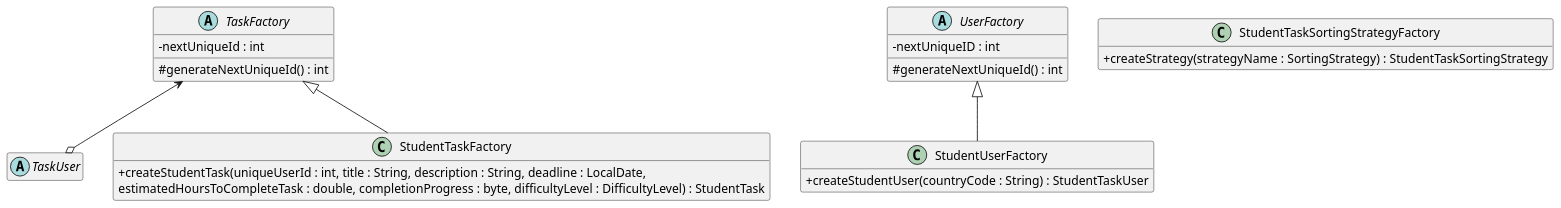
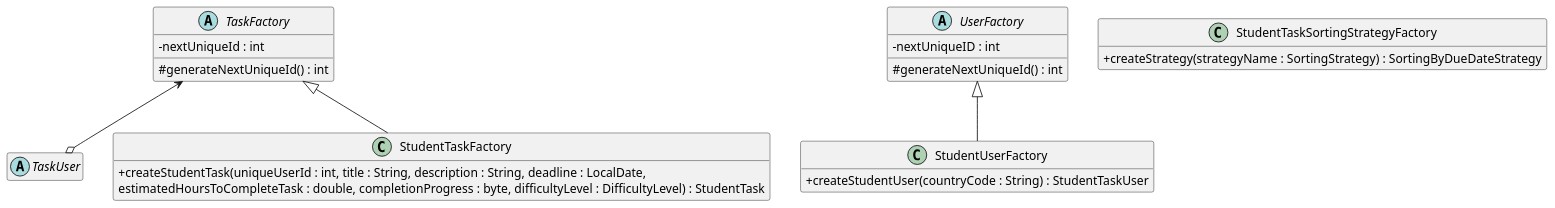
The second of 2 diagrams in Entities.puml (CSC207-2025F-UofT/team-project), drawn with PlantUML before and after one commit. The commit also changed other lines of this file and 3 other files, not shown here.

Commit message:
add GUI flow chart and revised entities

```diff
--- a/Entities.puml
+++ b/Entities.puml
@@ -134,47 +135,47 @@
 @startuml
 'https://plantuml.com/class-diagram
 ' `..|>` represents Interface Realization/Implementation (dashed line with an open arrow).
 ' `--|>` represents Inheritance/Generalization (solid line with an open arrow).
 ' `o-->` represents Aggregation (a hollow diamond pointing to the owner/container).
 '     The "\*" indicates multiplicity (e.g., Drawing holds multiple Shape objects).
 skinparam dpi 120
 skinparam classAttributeIconSize 0
 hide empty members
 
 ' ========
 ' Factories
 ' ========
 
 abstract class TaskUser
 
 abstract class UserFactory {
   - nextUniqueID : int
   # generateNextUniqueId() : int
 }
 
 class StudentUserFactory {
   + createStudentUser(countryCode : String) : StudentTaskUser
 }
 
 UserFactory <|-- StudentUserFactory
 
 abstract class TaskFactory {
   - nextUniqueId : int
   # generateNextUniqueId() : int
 }
 
 class StudentTaskFactory {
   + createStudentTask(uniqueUserId : int, title : String, description : String, deadline : LocalDate,
   estimatedHoursToCompleteTask : double, completionProgress : byte, difficultyLevel : DifficultyLevel) : StudentTask
 }
 
 TaskFactory <|-- StudentTaskFactory
 
 ' The following TaskUser is a continuation of the PlantUML diagram described above.
 TaskFactory <--o TaskUser
 
 class StudentTaskSortingStrategyFactory {
-  + createStrategy(strategyName : SortingStrategy) : StudentTaskSortingStrategy
+  + createStrategy(strategyName : SortingStrategy) : SortingByDueDateStrategy
 }
 
 @enduml
```
